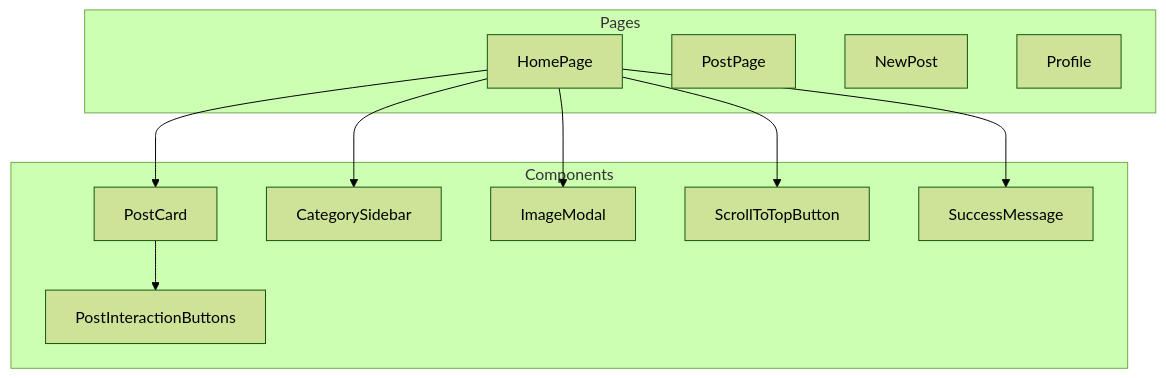
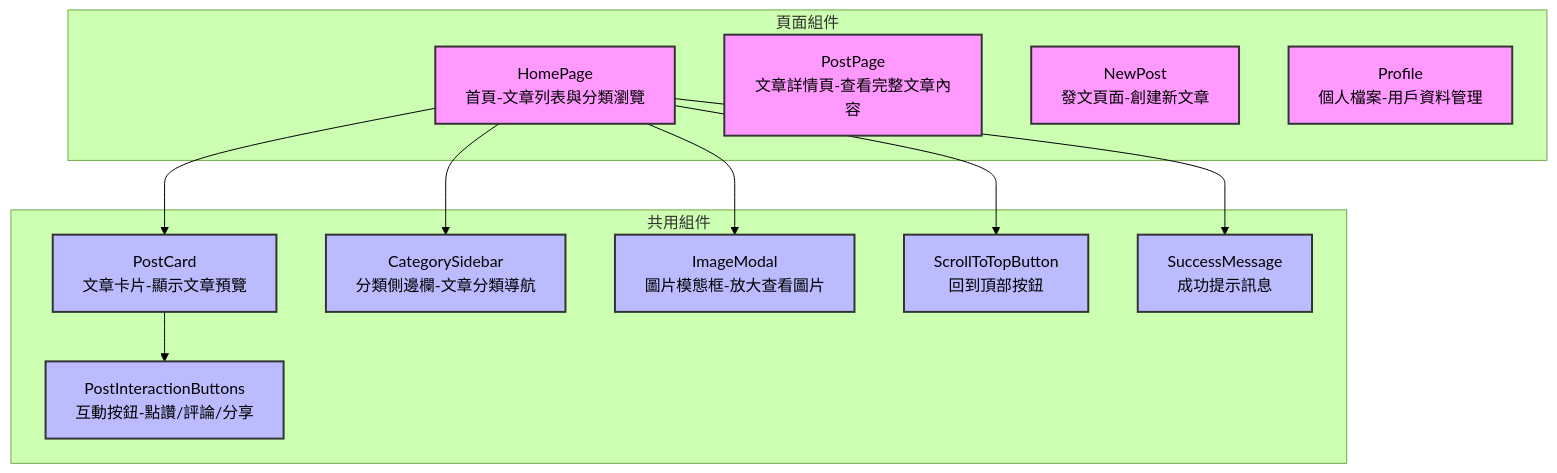
Before and after one commit to roy4222/SoulNet: the second of 4 diagrams in README.md, drawn with Mermaid (forest theme).

Commit message:
Update README to enhance component diagrams with detailed descriptions in Chinese for better clarity and understanding.

````diff
--- a/README.md
+++ b/README.md
@@ -82,25 +82,30 @@
 ```mermaid
 graph TD
-    subgraph Pages
-        HP[HomePage]
-        PP[PostPage]
-        NP[NewPost]
-        PF[Profile]
+    subgraph Pages[頁面組件]
+        HP[HomePage<br/>首頁-文章列表與分類瀏覽]
+        PP[PostPage<br/>文章詳情頁-查看完整文章內容]
+        NP[NewPost<br/>發文頁面-創建新文章]
+        PF[Profile<br/>個人檔案-用戶資料管理]
     end
     
-    subgraph Components
-        PC[PostCard]
-        PIB[PostInteractionButtons]
-        CS[CategorySidebar]
-        IM[ImageModal]
-        STB[ScrollToTopButton]
-        SM[SuccessMessage]
+    subgraph Components[共用組件]
+        PC[PostCard<br/>文章卡片-顯示文章預覽]
+        PIB[PostInteractionButtons<br/>互動按鈕-點讚/評論/分享]
+        CS[CategorySidebar<br/>分類側邊欄-文章分類導航]
+        IM[ImageModal<br/>圖片模態框-放大查看圖片]
+        STB[ScrollToTopButton<br/>回到頂部按鈕]
+        SM[SuccessMessage<br/>成功提示訊息]
     end
     
     HP --> PC
     HP --> CS
     HP --> IM
     HP --> STB
     HP --> SM
     PC --> PIB
+
+    classDef page fill:#f9f,stroke:#333,stroke-width:2px
+    classDef component fill:#bbf,stroke:#333,stroke-width:2px
+    class HP,PP,NP,PF page
+    class PC,PIB,CS,IM,STB,SM component
 ```
````
